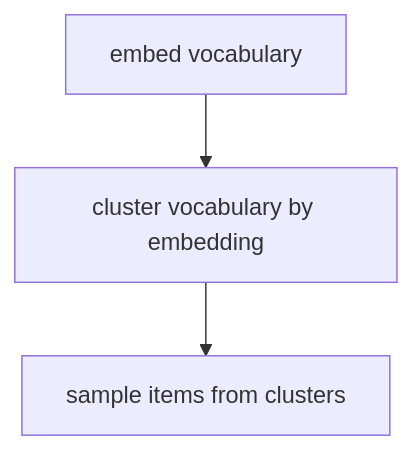
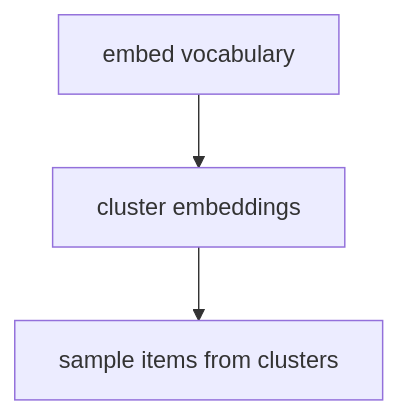
The diagram in README.md (nowemoore/learning_optimiser), drawn with Mermaid before and after one commit.

````diff
--- a/README.md
+++ b/README.md
@@ -3,5 +3,5 @@
 ```mermaid
 flowchart TD;
-  Embeddings[embed vocabulary] --> Cluster[cluster vocabulary by embedding];
+  Embeddings[embed vocabulary] --> Cluster[cluster embeddings];
   Cluster --> Sample[sample items from clusters];
 ```
````
